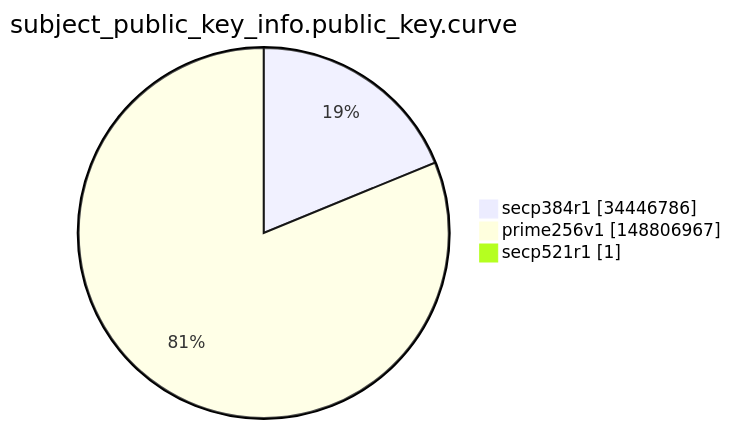
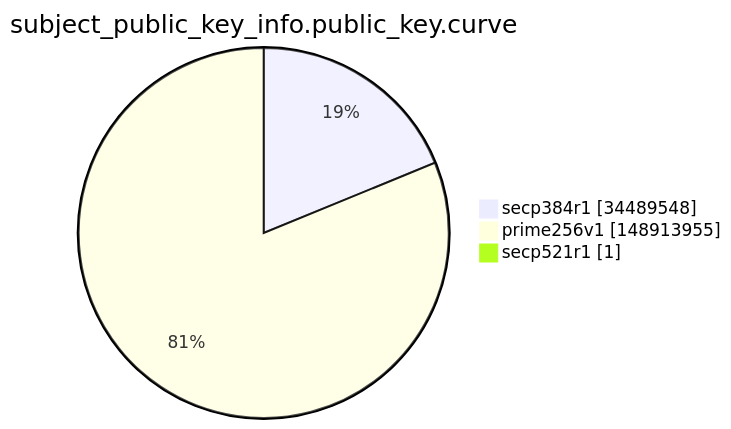
One commit to christiankrug/ctmonitor_visualization changed the ninth of 15 diagrams in argon2022/README.md. Above: the diagram before and after it, drawn with Mermaid. The commit also changed other lines of this file, not shown here.

````diff
--- a/argon2022/README.md
+++ b/argon2022/README.md
@@ -2764,7 +2764,7 @@
 ```mermaid
 pie showData
 title subject_public_key_info.public_key.curve
-"secp384r1" :34446786
-"prime256v1" :148806967
+"secp384r1" :34489548
+"prime256v1" :148913955
 "secp521r1" :1
 ```
````
